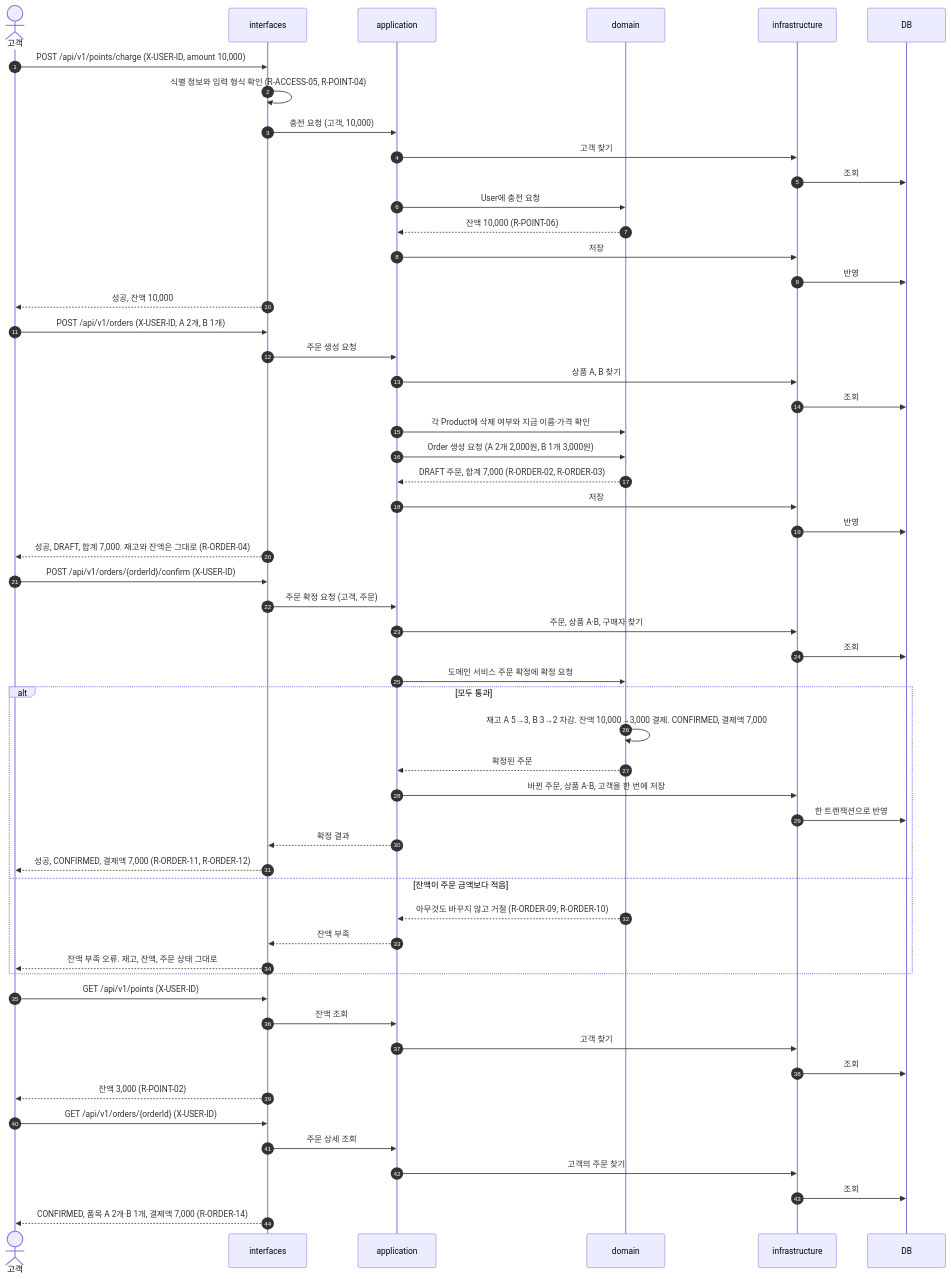
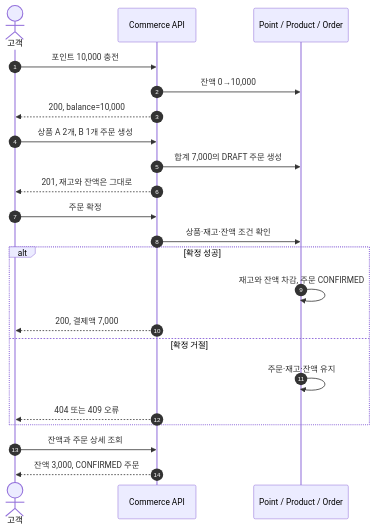
Before and after one commit to loopers-labs/loop-pack-be-l2-vol5-java: the third of 3 diagrams in docs/week2/representative-flows.md, drawn with Mermaid. The commit also changed other lines of this file and 1 other file, not shown here.

````diff
--- a/docs/week2/representative-flows.md
+++ b/docs/week2/representative-flows.md
@@ -163,62 +105,28 @@
 ```mermaid
 sequenceDiagram
     autonumber
     actor C as 고객
-    participant IF as interfaces
-    participant AP as application
-    participant DM as domain
-    participant IN as infrastructure
-    participant DB
+    participant API as Commerce API
+    participant D as Point / Product / Order
 
-    C->>IF: POST /api/v1/points/charge (X-USER-ID, amount 10,000)
-    IF->>IF: 식별 정보와 입력 형식 확인 (R-ACCESS-05, R-POINT-04)
-    IF->>AP: 충전 요청 (고객, 10,000)
-    AP->>IN: 고객 찾기
-    IN->>DB: 조회
-    AP->>DM: User에 충전 요청
-    DM-->>AP: 잔액 10,000 (R-POINT-06)
-    AP->>IN: 저장
-    IN->>DB: 반영
-    IF-->>C: 성공, 잔액 10,000
+    C->>API: 포인트 10,000 충전
+    API->>D: 잔액 0→10,000
+    API-->>C: 200, balance=10,000
 
-    C->>IF: POST /api/v1/orders (X-USER-ID, A 2개, B 1개)
-    IF->>AP: 주문 생성 요청
-    AP->>IN: 상품 A, B 찾기
-    IN->>DB: 조회
-    AP->>DM: 각 Product에 삭제 여부와 지금 이름·가격 확인
-    AP->>DM: Order 생성 요청 (A 2개 2,000원, B 1개 3,000원)
-    DM-->>AP: DRAFT 주문, 합계 7,000 (R-ORDER-02, R-ORDER-03)
-    AP->>IN: 저장
-    IN->>DB: 반영
-    IF-->>C: 성공, DRAFT, 합계 7,000. 재고와 잔액은 그대로 (R-ORDER-04)
+    C->>API: 상품 A 2개, B 1개 주문 생성
+    API->>D: 합계 7,000의 DRAFT 주문 생성
+    API-->>C: 201, 재고와 잔액은 그대로
 
-    C->>IF: POST /api/v1/orders/{orderId}/confirm (X-USER-ID)
-    IF->>AP: 주문 확정 요청 (고객, 주문)
-    AP->>IN: 주문, 상품 A·B, 구매자 찾기
-    IN->>DB: 조회
-    AP->>DM: 도메인 서비스 주문 확정에 확정 요청
-    alt 모두 통과
-        DM->>DM: 재고 A 5→3, B 3→2 차감. 잔액 10,000→3,000 결제. CONFIRMED, 결제액 7,000
-        DM-->>AP: 확정된 주문
-        AP->>IN: 바뀐 주문, 상품 A·B, 고객을 한 번에 저장
-        IN->>DB: 한 트랜잭션으로 반영
-        AP-->>IF: 확정 결과
-        IF-->>C: 성공, CONFIRMED, 결제액 7,000 (R-ORDER-11, R-ORDER-12)
-    else 잔액이 주문 금액보다 적음
-        DM-->>AP: 아무것도 바꾸지 않고 거절 (R-ORDER-09, R-ORDER-10)
-        AP-->>IF: 잔액 부족
-        IF-->>C: 잔액 부족 오류. 재고, 잔액, 주문 상태 그대로
+    C->>API: 주문 확정
+    API->>D: 상품·재고·잔액 조건 확인
+    alt 확정 성공
+        D->>D: 재고와 잔액 차감, 주문 CONFIRMED
+        API-->>C: 200, 결제액 7,000
+    else 확정 거절
+        D->>D: 주문·재고·잔액 유지
+        API-->>C: 404 또는 409 오류
     end
 
-    C->>IF: GET /api/v1/points (X-USER-ID)
-    IF->>AP: 잔액 조회
-    AP->>IN: 고객 찾기
-    IN->>DB: 조회
-    IF-->>C: 잔액 3,000 (R-POINT-02)
-
-    C->>IF: GET /api/v1/orders/{orderId} (X-USER-ID)
-    IF->>AP: 주문 상세 조회
-    AP->>IN: 고객의 주문 찾기
-    IN->>DB: 조회
-    IF-->>C: CONFIRMED, 품목 A 2개·B 1개, 결제액 7,000 (R-ORDER-14)
+    C->>API: 잔액과 주문 상세 조회
+    API-->>C: 잔액 3,000, CONFIRMED 주문
 ```
````
